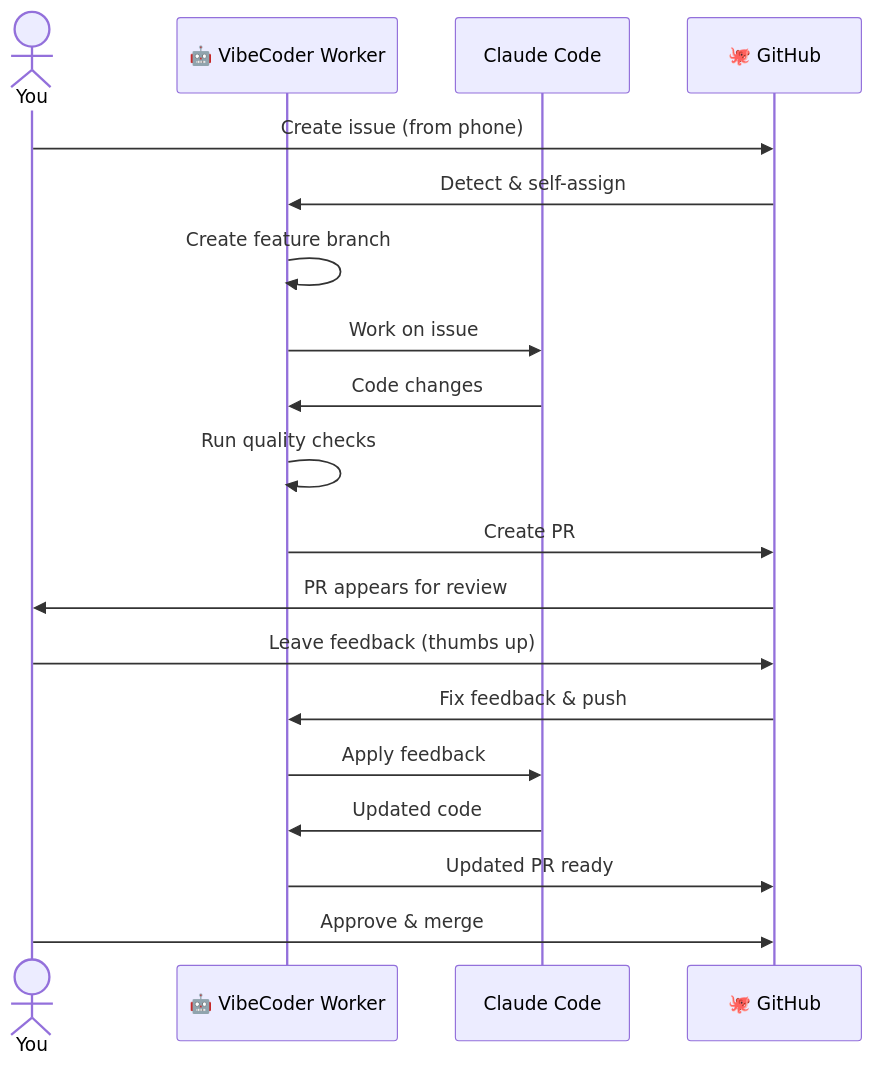
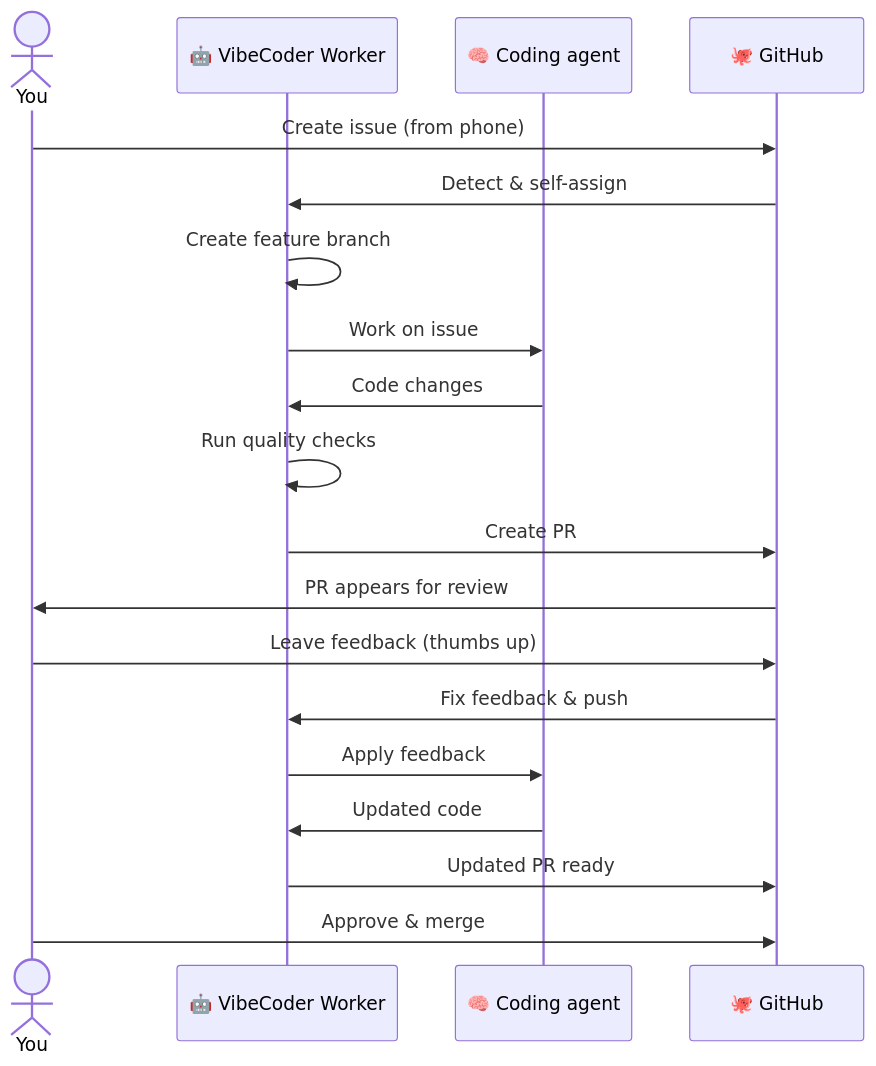
One commit to stSoftwareAU/VibeCoder changed the first of 4 diagrams in README.md. Above: the diagram before and after it, drawn with Mermaid. The commit also changed other lines of this file and 2 other files, not shown here.

First line of the commit message:
Document the coding-agent provider choice on the front door (Issue #355)

````diff
--- a/README.md
+++ b/README.md
@@ -19,22 +24,22 @@
 ```mermaid
 sequenceDiagram
     actor You
     participant Worker as 🤖 VibeCoder Worker
-    participant Claude as Claude Code
+    participant Agent as 🧠 Coding agent
     participant GitHub as 🐙 GitHub
 
     You->>GitHub: Create issue (from phone)
     GitHub->>Worker: Detect & self-assign
     Worker->>Worker: Create feature branch
-    Worker->>Claude: Work on issue
-    Claude->>Worker: Code changes
+    Worker->>Agent: Work on issue
+    Agent->>Worker: Code changes
     Worker->>Worker: Run quality checks
     Worker->>GitHub: Create PR
     GitHub->>You: PR appears for review
     You->>GitHub: Leave feedback (thumbs up)
     GitHub->>Worker: Fix feedback & push
-    Worker->>Claude: Apply feedback
-    Claude->>Worker: Updated code
+    Worker->>Agent: Apply feedback
+    Agent->>Worker: Updated code
     Worker->>GitHub: Updated PR ready
     You->>GitHub: Approve & merge
 ```
````
